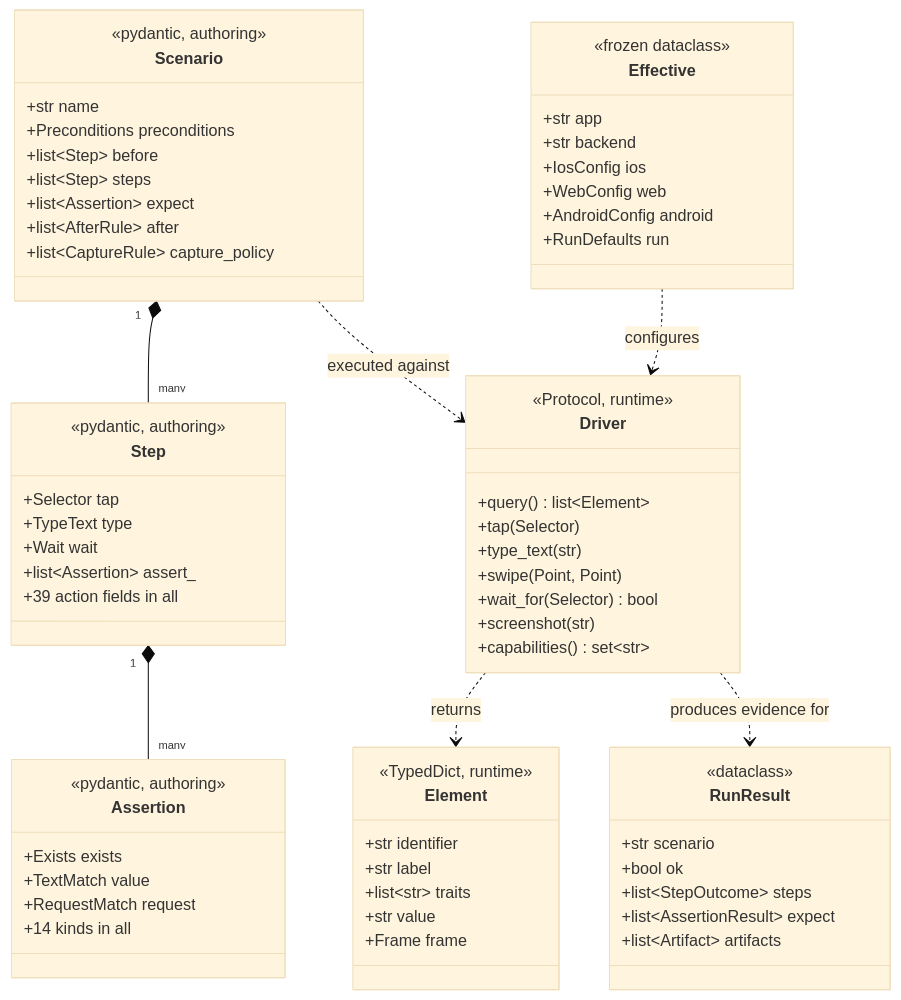
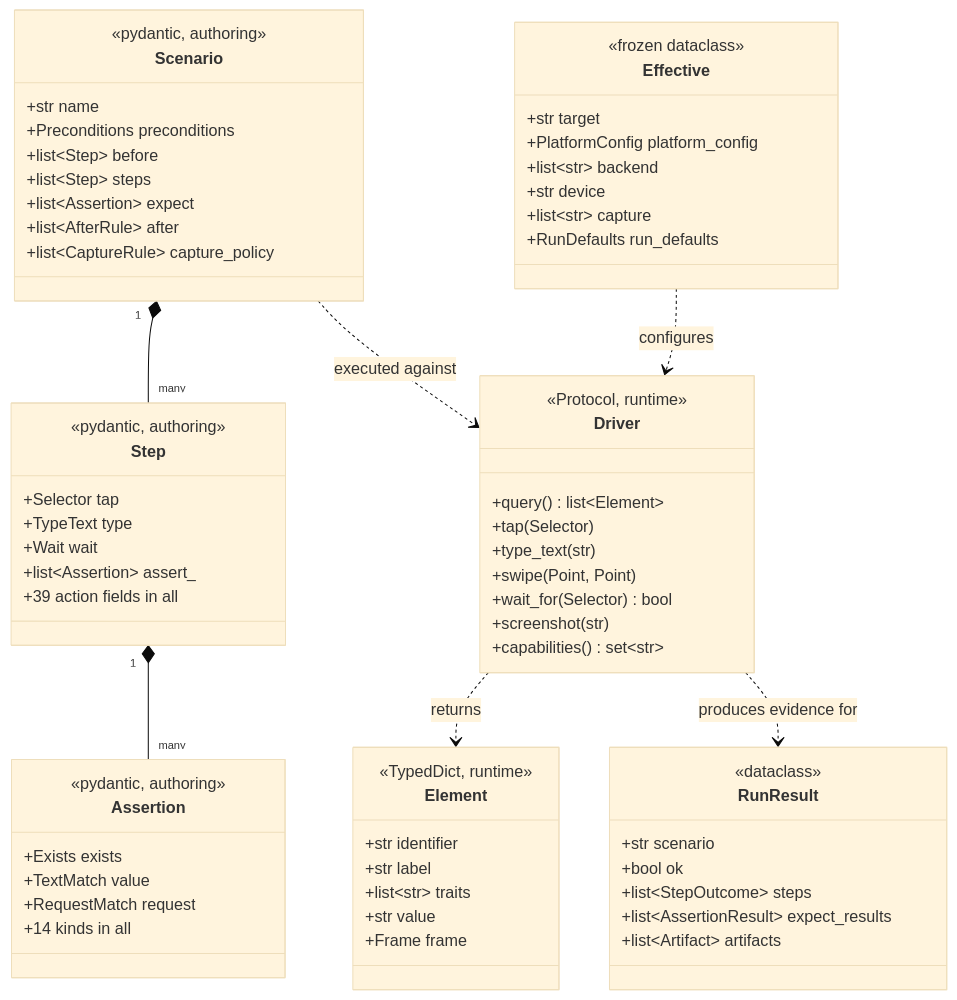
Before and after one commit to bajutsu-e2e/bajutsu: the third of 7 diagrams in docs/code-structure.md, drawn with Mermaid (base theme). The commit also changed other lines of this file and 3 other files, not shown here.

First line of the commit message:
docs(code-structure): fix Effective/RunResult class diagram against current code

````diff
--- a/docs/code-structure.md
+++ b/docs/code-structure.md
@@ -208,70 +208,70 @@
 ```mermaid
 classDiagram
     class Scenario {
         <<pydantic, authoring>>
         +str name
         +Preconditions preconditions
         +list~Step~ before
         +list~Step~ steps
         +list~Assertion~ expect
         +list~AfterRule~ after
         +list~CaptureRule~ capture_policy
     }
     class Step {
         <<pydantic, authoring>>
         +Selector tap
         +TypeText type
         +Wait wait
         +list~Assertion~ assert_
         +39 action fields in all
     }
     class Assertion {
         <<pydantic, authoring>>
         +Exists exists
         +TextMatch value
         +RequestMatch request
         +14 kinds in all
     }
     class Driver {
         <<Protocol, runtime>>
         +query() list~Element~
         +tap(Selector)
         +type_text(str)
         +swipe(Point, Point)
         +wait_for(Selector) bool
         +screenshot(str)
         +capabilities() set~str~
     }
     class Element {
         <<TypedDict, runtime>>
         +str identifier
         +str label
         +list~str~ traits
         +str value
         +Frame frame
     }
     class Effective {
         <<frozen dataclass>>
-        +str app
-        +str backend
-        +IosConfig ios
-        +WebConfig web
-        +AndroidConfig android
-        +RunDefaults run
+        +str target
+        +PlatformConfig platform_config
+        +list~str~ backend
+        +str device
+        +list~str~ capture
+        +RunDefaults run_defaults
     }
     class RunResult {
         <<dataclass>>
         +str scenario
         +bool ok
         +list~StepOutcome~ steps
-        +list~AssertionResult~ expect
+        +list~AssertionResult~ expect_results
         +list~Artifact~ artifacts
     }
 
     Scenario "1" *-- "many" Step
     Step "1" *-- "many" Assertion
     Driver ..> Element : returns
     Scenario ..> Driver : executed against
     Effective ..> Driver : configures
     Driver ..> RunResult : produces evidence for
 ```
````
